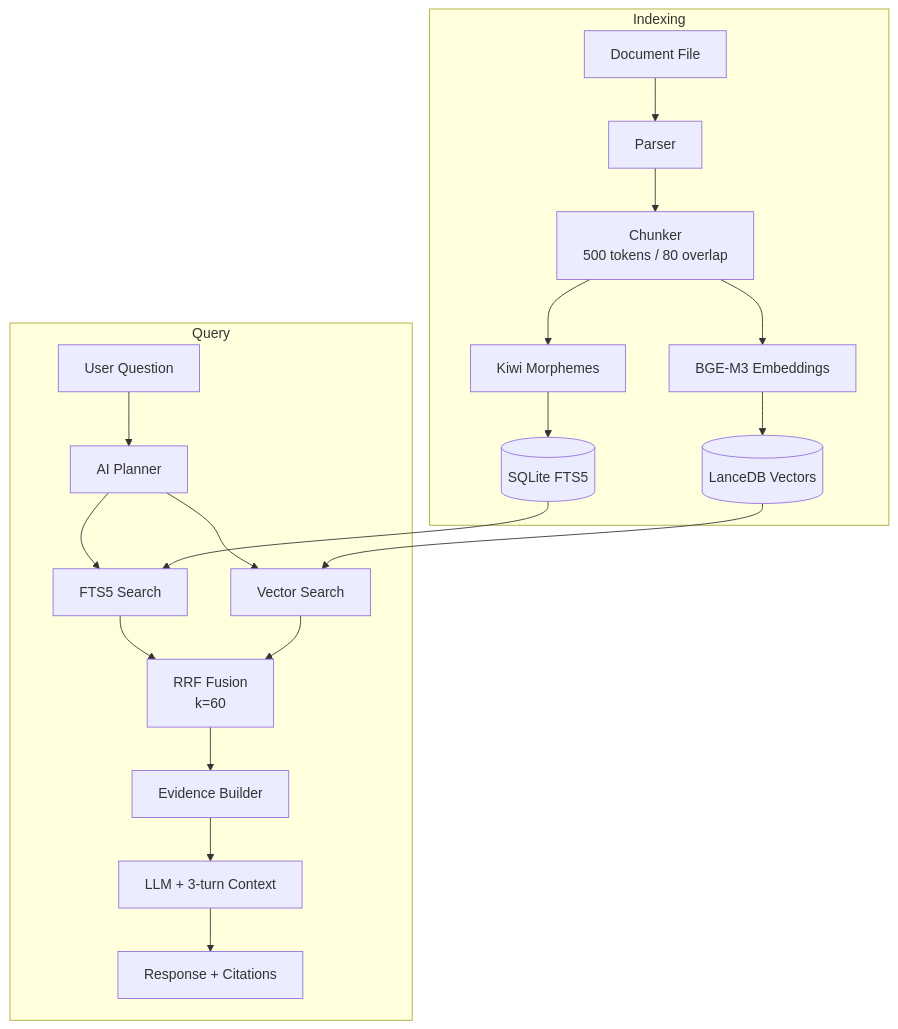
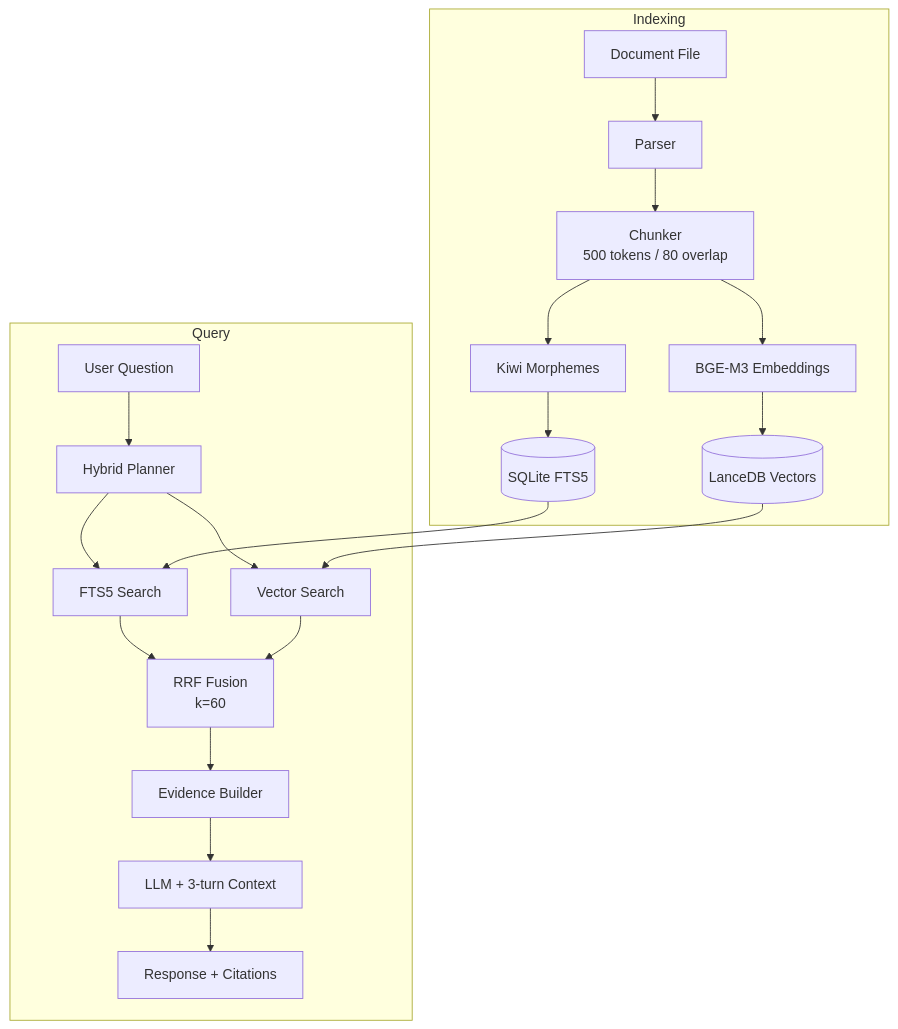
Before and after one commit to projecthub-codingstudio/JARVIS: the second of 2 diagrams in wiki/Architecture-Overview.md, drawn with Mermaid. The commit also changed other lines of this file and 54 other files, not shown here.

````diff
--- a/wiki/Architecture-Overview.md
+++ b/wiki/Architecture-Overview.md
@@ -80,25 +80,25 @@
 ```mermaid
 flowchart TD
     subgraph Indexing
         A[Document File] --> B[Parser]
         B --> C[Chunker<br/>500 tokens / 80 overlap]
         C --> D[Kiwi Morphemes]
         C --> E[BGE-M3 Embeddings]
         D --> F[(SQLite FTS5)]
         E --> G[(LanceDB Vectors)]
     end
 
     subgraph Query
-        H[User Question] --> I[AI Planner]
+        H[User Question] --> I[Hybrid Planner]
         I --> J[FTS5 Search]
         I --> K[Vector Search]
         J --> L[RRF Fusion<br/>k=60]
         K --> L
         L --> M[Evidence Builder]
         M --> N[LLM + 3-turn Context]
         N --> O[Response + Citations]
     end
 
     F --> J
     G --> K
 ```
````
